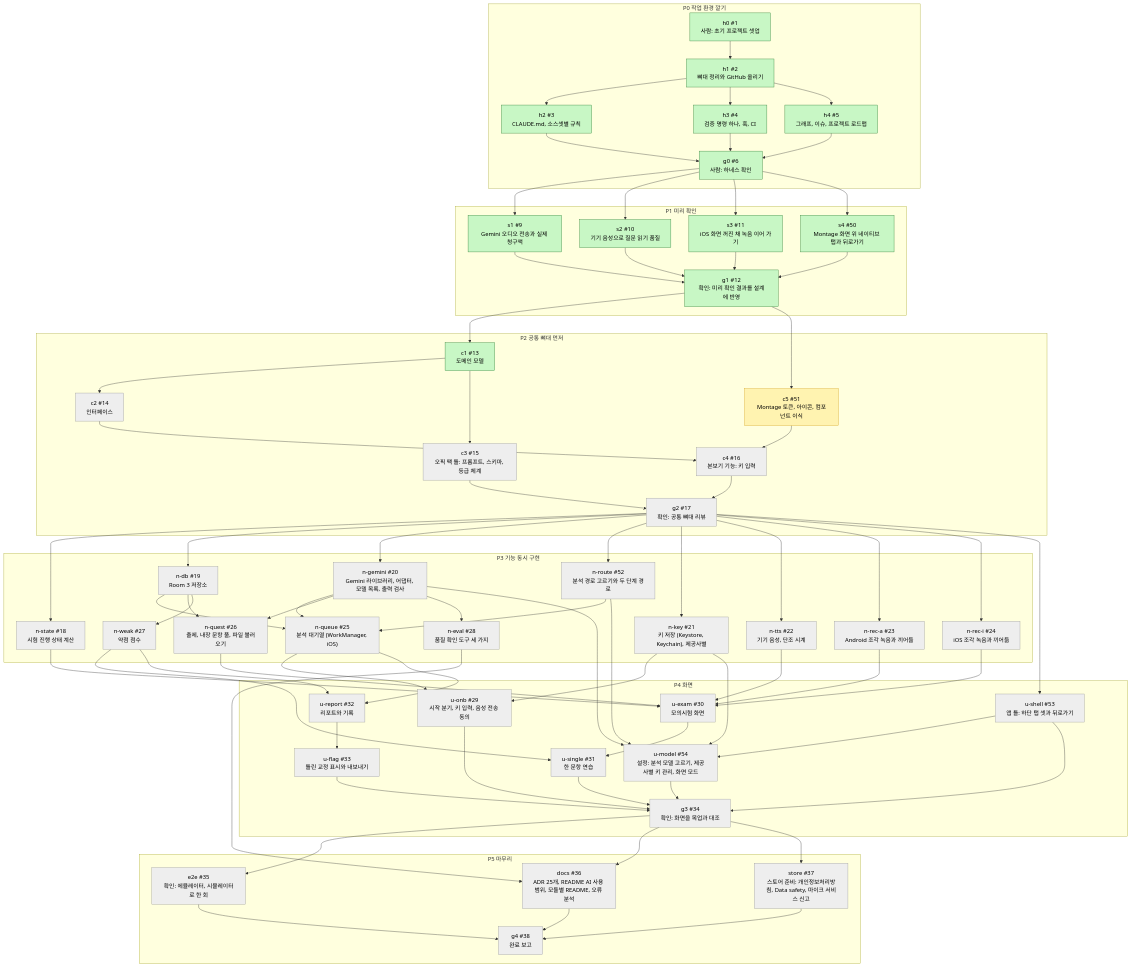
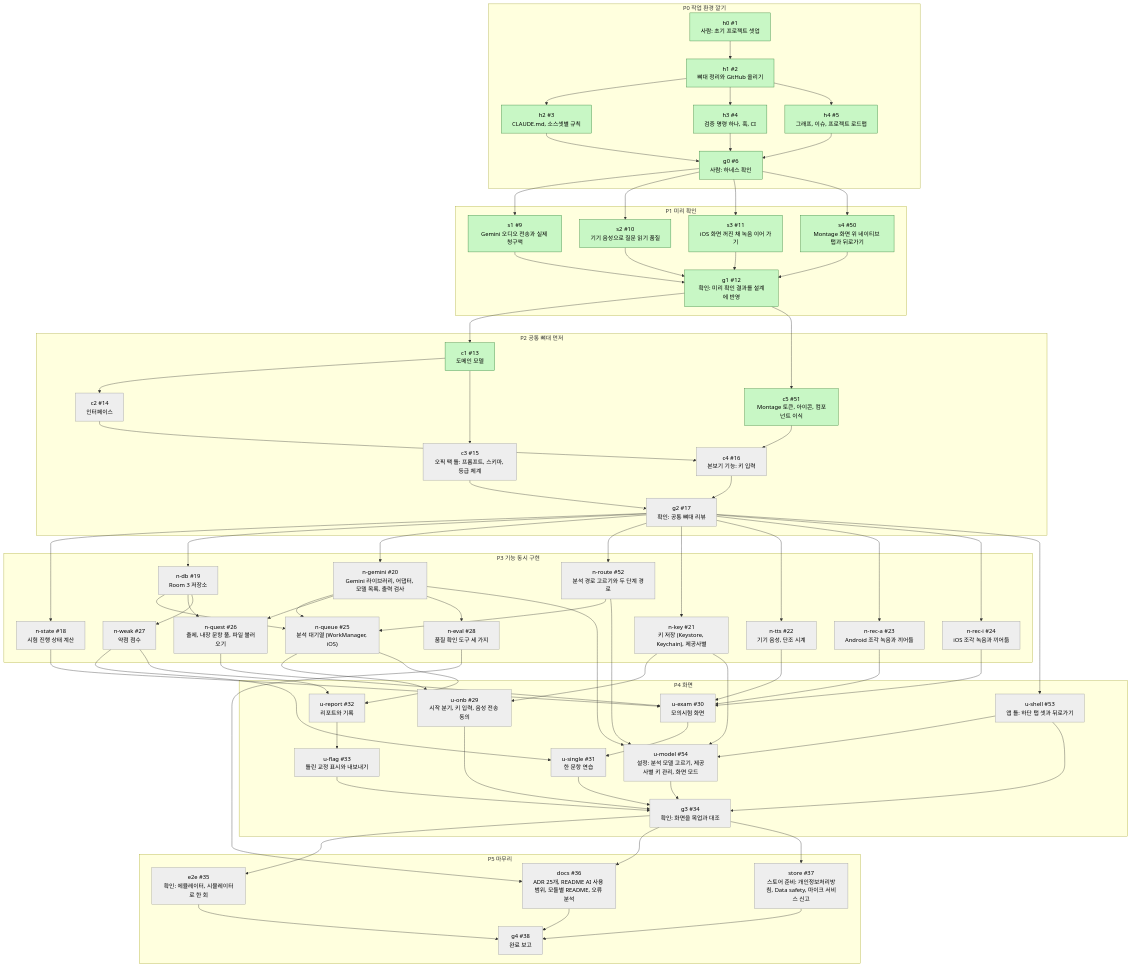
One commit to nosorae/AiOpicSelfStudy changed the first of 2 diagrams in docs/graph/dev-graph.md. Above: the diagram before and after it, drawn with Mermaid. The commit also changed other lines of this file and 1 other file, not shown here.

Commit message:
[c5] 그래프에서 c5 를 done 으로 바꿨다 (#51) (#69)

````diff
--- a/docs/graph/dev-graph.md
+++ b/docs/graph/dev-graph.md
@@ -129,8 +129,7 @@
   classDef todo fill:#eeeeee,stroke:#999999,color:#000
   class c2,c3,c4,g2,n_state,n_db,n_gemini,n_route,n_key,n_tts,n_rec_a,n_rec_i,n_queue,n_quest,n_weak,n_eval,u_onb,u_shell,u_exam,u_single,u_report,u_flag,u_model,g3,e2e,docs,store,g4 todo
   classDef doing fill:#fff3b0,stroke:#d4a017,color:#000
-  class c5 doing
   classDef done fill:#c8f7c5,stroke:#2e7d32,color:#000
-  class h0,h1,h2,h3,h4,g0,s1,s2,s3,s4,g1,c1 done
+  class h0,h1,h2,h3,h4,g0,s1,s2,s3,s4,g1,c1,c5 done
   classDef blocked fill:#ffcdd2,stroke:#c62828,color:#000
 ```
````
